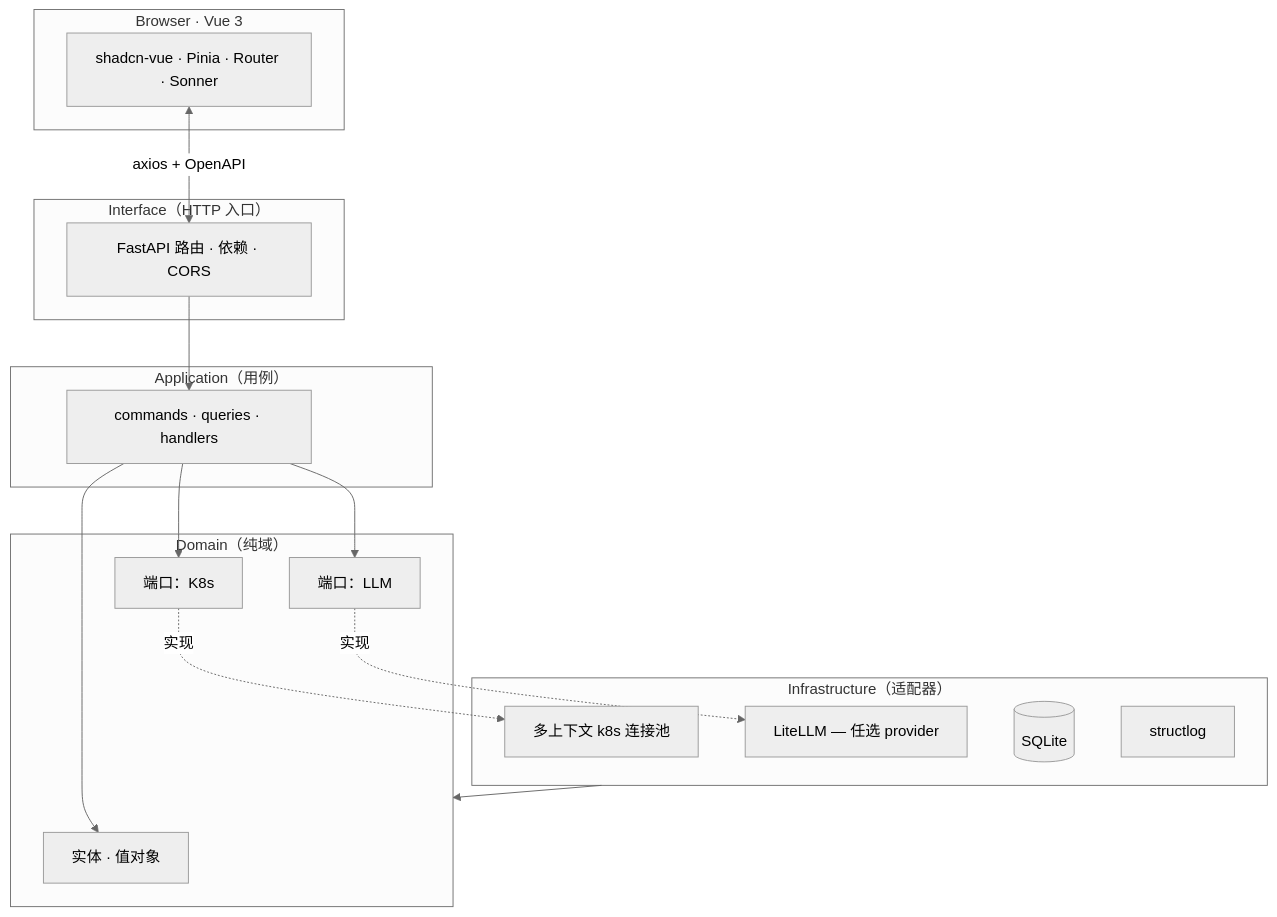
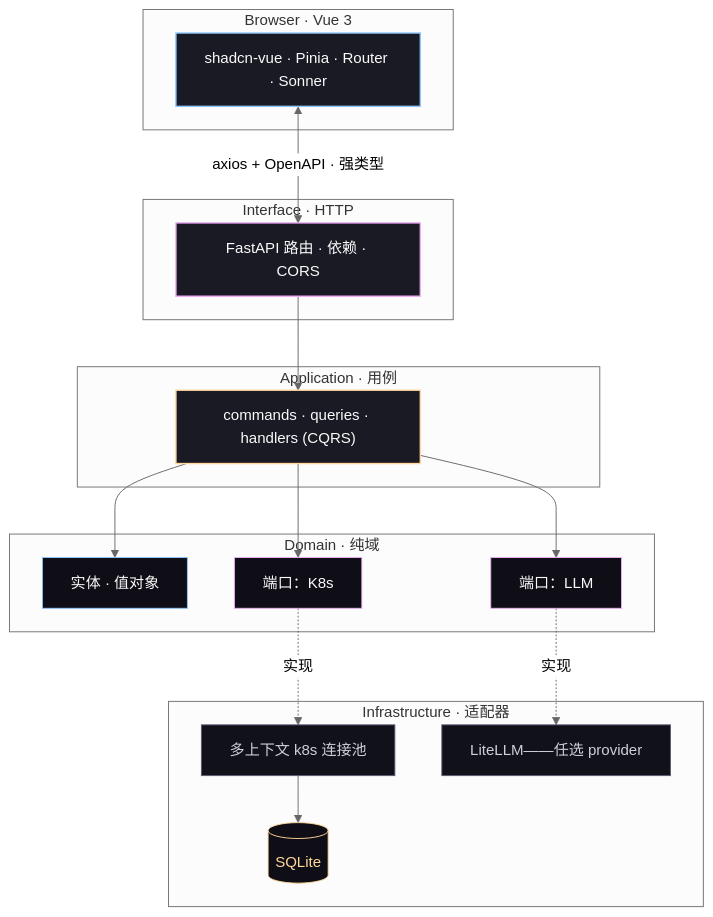
Before and after one commit to mcgrapeng/Spotlight: the diagram in README.zh-CN.md, drawn with Mermaid (neutral theme). The commit also changed other lines of this file and 2 other files, not shown here.

````diff
--- a/README.zh-CN.md
+++ b/README.zh-CN.md
@@ -129,35 +234,42 @@
 ```mermaid
 flowchart TB
+  classDef ui    fill:#1A1A24,stroke:#8EC5FF,stroke-width:1.5px,color:#FAFAFA
+  classDef api   fill:#1A1A24,stroke:#EFADF7,stroke-width:1.5px,color:#FAFAFA
+  classDef app   fill:#1A1A24,stroke:#FFD69B,stroke-width:1.5px,color:#FAFAFA
+  classDef dom   fill:#0F0E16,stroke:#8EC5FF,stroke-width:1px,color:#FAFAFA
+  classDef port  fill:#0F0E16,stroke:#EFADF7,stroke-width:1px,color:#FAFAFA
+  classDef infra fill:#11111A,stroke:#5A5A75,stroke-width:1px,color:#CFCFD8
+  classDef store fill:#0F0E16,stroke:#FFD69B,stroke-width:1px,color:#FFD69B
+
   subgraph Browser["Browser · Vue 3"]
-    UI[shadcn-vue · Pinia · Router · Sonner]
+    UI["shadcn-vue · Pinia · Router · Sonner"]:::ui
   end
 
-  subgraph Edge["Interface（HTTP 入口）"]
-    API[FastAPI 路由 · 依赖 · CORS]
+  subgraph Edge["Interface · HTTP"]
+    API["FastAPI 路由 · 依赖 · CORS"]:::api
   end
 
-  subgraph App["Application（用例）"]
-    UC[commands · queries · handlers]
+  subgraph App["Application · 用例"]
+    UC["commands · queries · handlers (CQRS)"]:::app
   end
 
-  subgraph Dom["Domain（纯域）"]
-    ENT[实体 · 值对象]
-    PORT_K[端口：K8s]
-    PORT_L[端口：LLM]
+  subgraph Dom["Domain · 纯域"]
+    ENT["实体 · 值对象"]:::dom
+    PK["端口：K8s"]:::port
+    PL["端口：LLM"]:::port
   end
 
-  subgraph Infra["Infrastructure（适配器）"]
-    K8S[多上下文 k8s 连接池]
-    LLM[LiteLLM — 任选 provider]
-    DB[(SQLite)]
-    LOG[structlog]
+  subgraph Infra["Infrastructure · 适配器"]
+    K8S["多上下文 k8s 连接池"]:::infra
+    LLM["LiteLLM——任选 provider"]:::infra
+    DB[("SQLite")]:::store
   end
 
-  UI <-->|axios + OpenAPI| API
+  UI <-->|"axios + OpenAPI · 强类型"| API
   API --> UC
   UC --> ENT
-  UC --> PORT_K & PORT_L
-  PORT_K -.实现.-> K8S
-  PORT_L -.实现.-> LLM
-  Infra --> Dom
+  UC --> PK & PL
+  PK -. 实现 .-> K8S
+  PL -. 实现 .-> LLM
+  K8S --> DB
 ```
````
